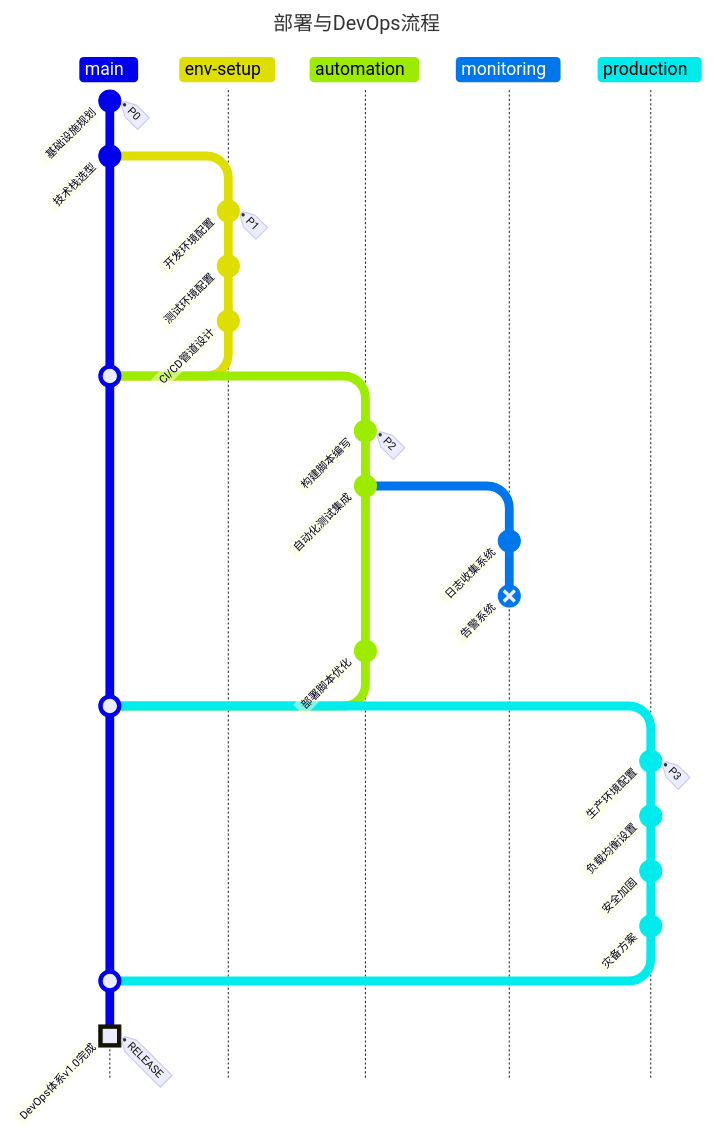
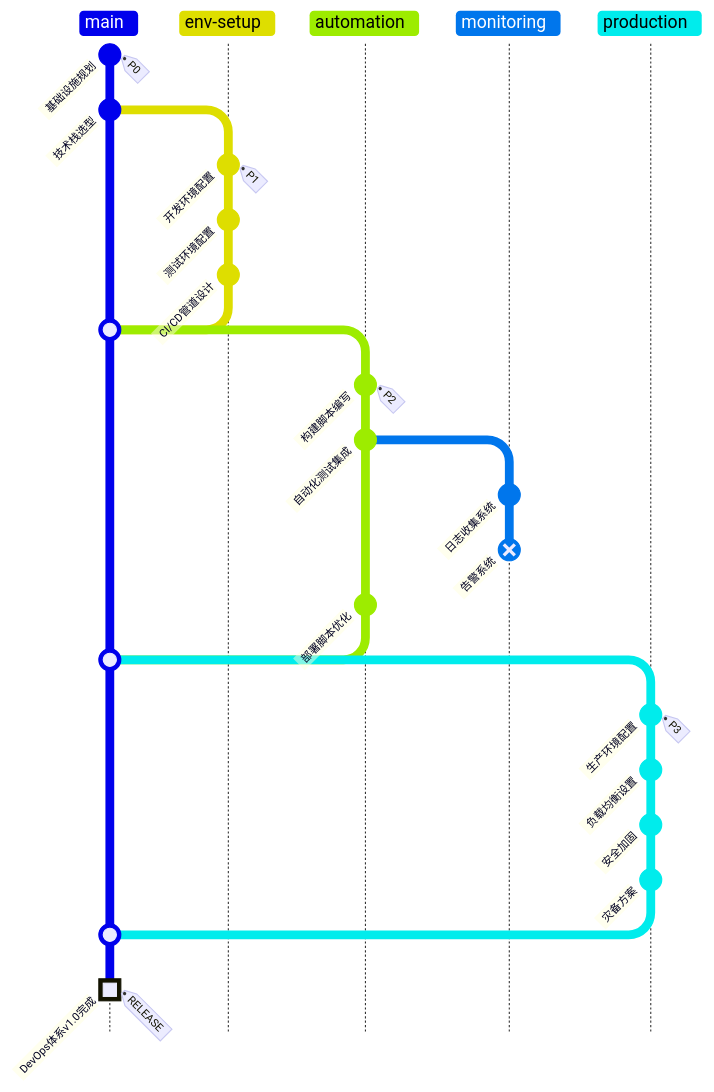
The diagram in example_project/Branch3.md (linyuxuanlin/FlowMinder), drawn with Mermaid before and after one commit. The commit also changed 2 other files, not shown here.

````diff
--- a/example_project/Branch3.md
+++ b/example_project/Branch3.md
@@ -3,36 +3,33 @@
 ```mermaid
----
-title: 部署与DevOps流程
----
 gitGraph TB:
     commit id: "基础设施规划" tag: "P0"
     commit id: "技术栈选型"
     branch env-setup
     checkout env-setup
     commit id: "开发环境配置" tag: "P1"
     commit id: "测试环境配置"
     commit id: "CI/CD管道设计"
     checkout main
     merge env-setup
     branch automation
     checkout automation
     commit id: "构建脚本编写" tag: "P2"
     commit id: "自动化测试集成"
     branch monitoring
     checkout monitoring
     commit id: "日志收集系统"
     commit id: "告警系统" type: REVERSE
     checkout automation
     commit id: "部署脚本优化"
     checkout main
     merge automation
     branch production
     checkout production
     commit id: "生产环境配置" tag: "P3"
     commit id: "负载均衡设置"
     commit id: "安全加固"
     commit id: "灾备方案"
     checkout main
     merge production
     commit id: "DevOps体系v1.0完成" type: HIGHLIGHT tag: "RELEASE"
 ```
````
